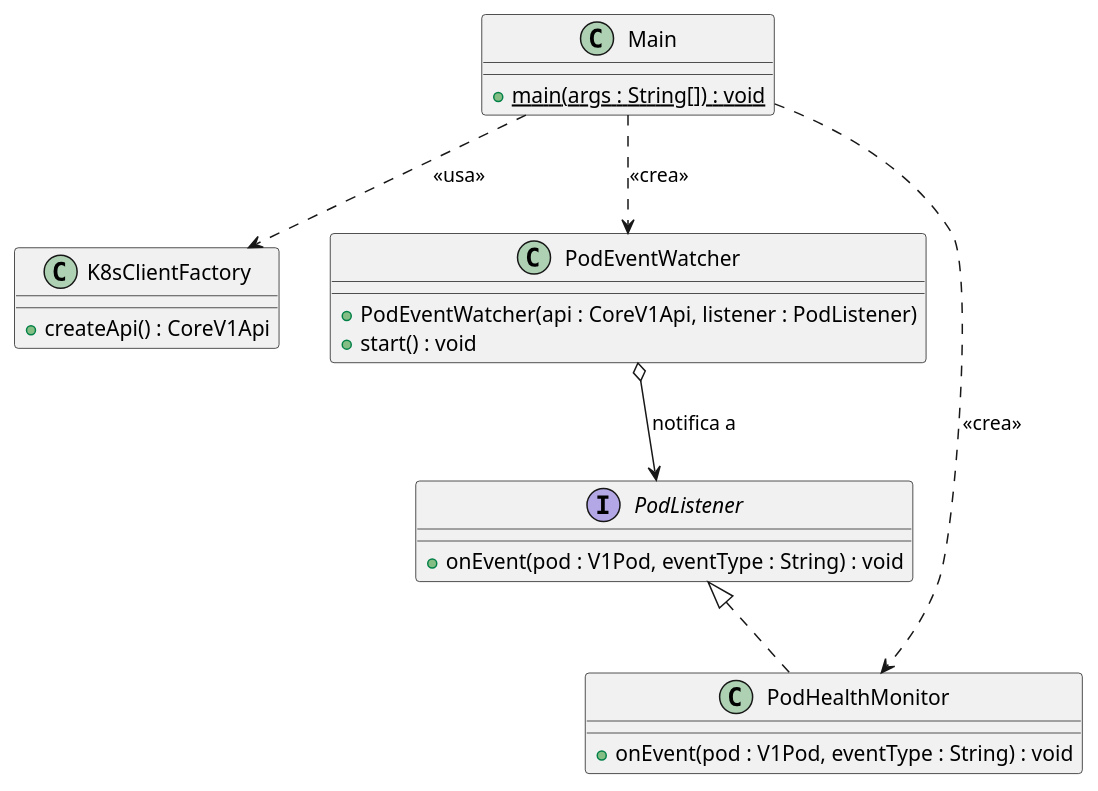
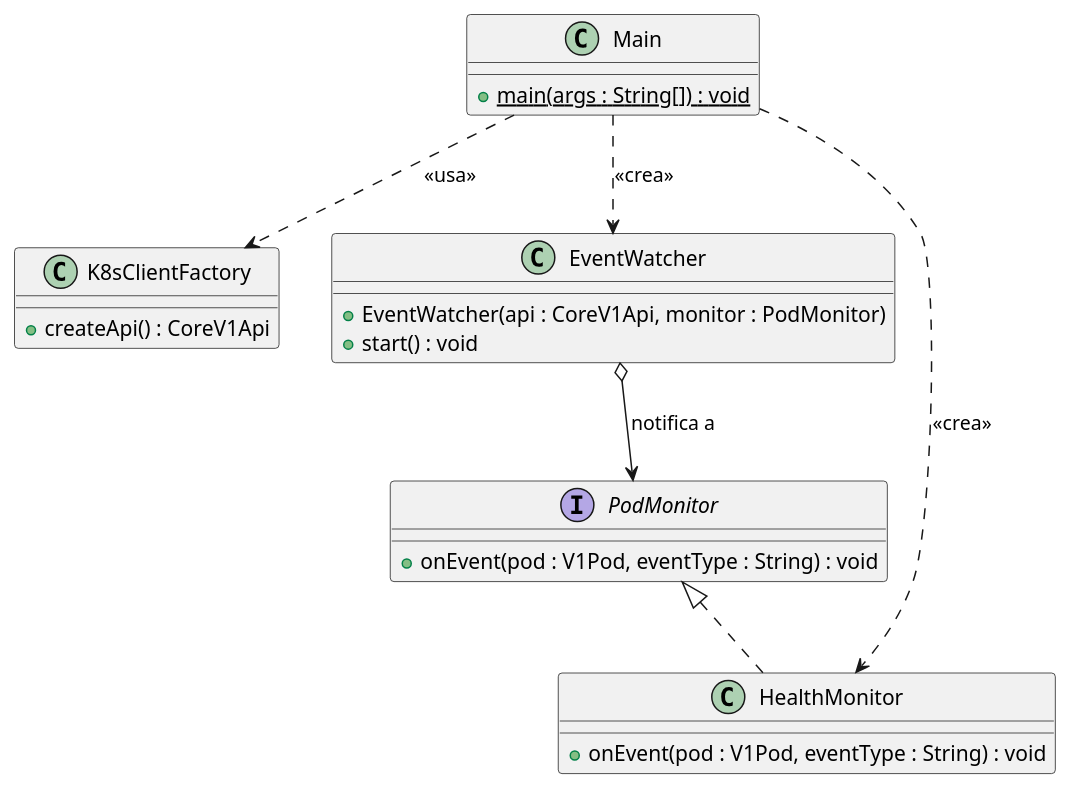
Before and after one commit to Carlos-Lima2510/Kintoh: the diagram in documents/vistaPública.puml, drawn with PlantUML. The commit also changed 1 other file, not shown here.

```diff
--- a/documents/vistaPública.puml
+++ b/documents/vistaPública.puml
@@ -1,33 +1,33 @@
 @startuml
 
 class Main {
     + {static} main(args : String[]) : void
 }
 
 class K8sClientFactory {
     + createApi() : CoreV1Api
 }
 
-interface PodListener {
+interface PodMonitor {
     + onEvent(pod : V1Pod, eventType : String) : void
 }
 
-class PodEventWatcher {
-    + PodEventWatcher(api : CoreV1Api, listener : PodListener)
+class EventWatcher {
+    + EventWatcher(api : CoreV1Api, monitor : PodMonitor)
     + start() : void
 }
 
-class PodHealthMonitor {
+class HealthMonitor {
     + onEvent(pod : V1Pod, eventType : String) : void
 }
 
 
 Main ..> K8sClientFactory : <<usa>>
-Main ..> PodEventWatcher : <<crea>>
-Main ..> PodHealthMonitor : <<crea>>
+Main ..> EventWatcher : <<crea>>
+Main ..> HealthMonitor : <<crea>>
 
-PodListener <|.. PodHealthMonitor
+PodMonitor <|.. HealthMonitor
 
-PodEventWatcher o--> PodListener : "notifica a"
+EventWatcher o--> PodMonitor : "notifica a"
 
 @enduml
```
